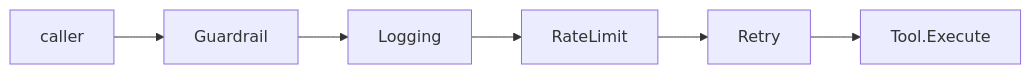
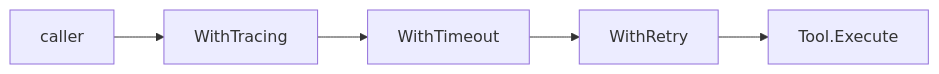
One commit to lookatitude/beluga-ai changed the third of 4 diagrams in docs/architecture/03-extensibility-patterns.md. Above: the diagram before and after it, drawn with Mermaid. The commit also changed other lines of this file and 109 other files, not shown here.

````diff
--- a/docs/architecture/03-extensibility-patterns.md
+++ b/docs/architecture/03-extensibility-patterns.md
@@ -225,8 +233,7 @@
 ```mermaid
 graph LR
-  Call[caller] --> G[Guardrail]
-  G --> L[Logging]
-  L --> Rl[RateLimit]
-  Rl --> Rt[Retry]
+  Call[caller] --> Tr[WithTracing]
+  Tr --> To[WithTimeout]
+  To --> Rt[WithRetry]
   Rt --> Core[Tool.Execute]
 ```
````
